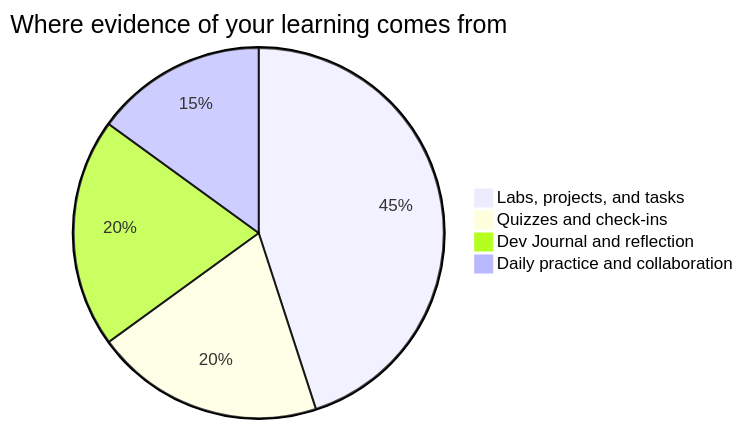
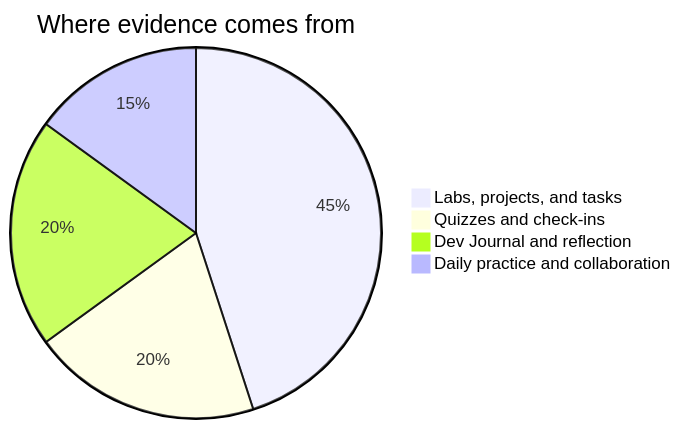
One commit to russellgordon/containerized-quartz-for-teachers changed the diagram in support/example_content/TEJ2O/shared/Setup/How Marks Work.md. Above: the diagram before and after it, drawn with Mermaid. The commit also changed 31 other files, not shown here.

First line of the commit message:
Pie titles fit the chart mermaid actually draws

````diff
--- a/support/example_content/TEJ2O/shared/Setup/How Marks Work.md
+++ b/support/example_content/TEJ2O/shared/Setup/How Marks Work.md
@@ -16,7 +16,7 @@
 ```mermaid
-pie title Where evidence of your learning comes from
+pie title Where evidence comes from
     "Labs, projects, and tasks" : 45
     "Quizzes and check-ins" : 20
     "Dev Journal and reflection" : 20
     "Daily practice and collaboration" : 15
 ```
````
